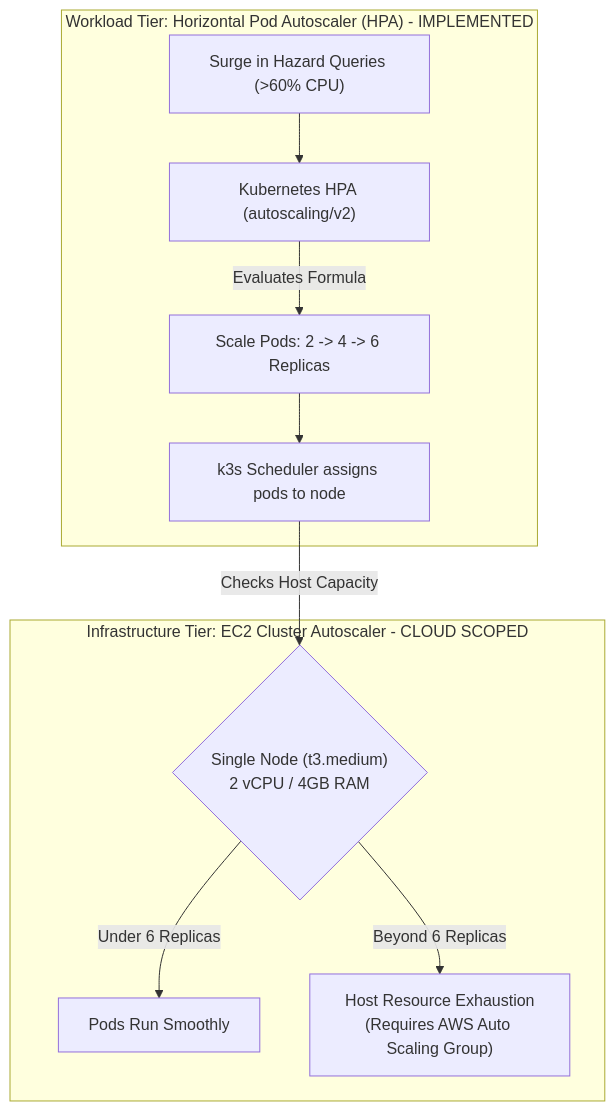
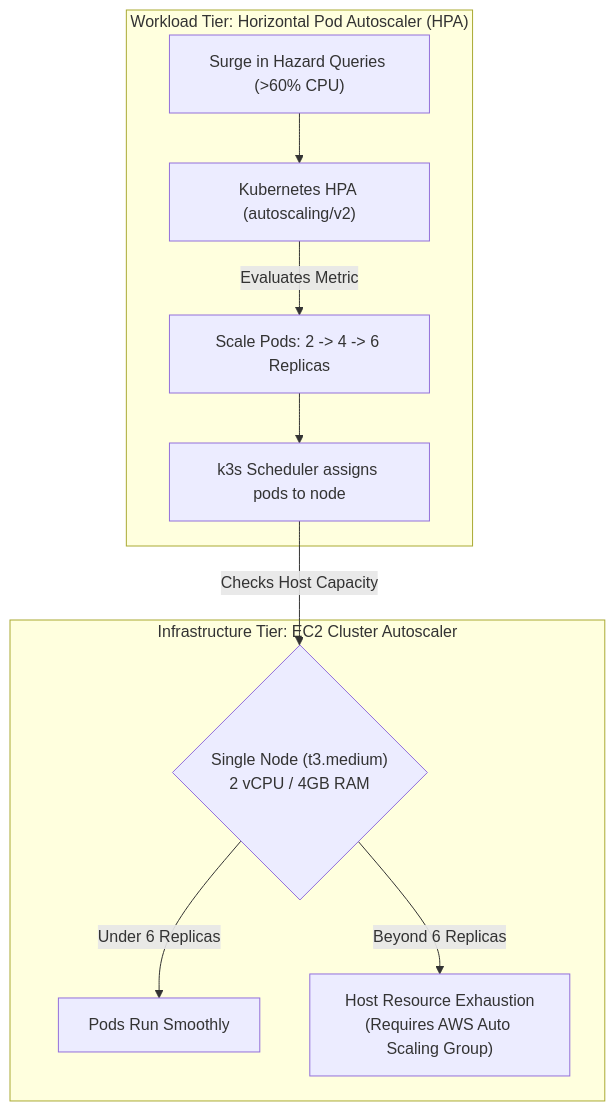
Before and after one commit to RichieRichard0000/resqgrid-devops: the diagram in docs/performance-evaluation.md, drawn with Mermaid. The commit also changed other lines of this file and 65 other files, not shown here.

````diff
--- a/docs/performance-evaluation.md
+++ b/docs/performance-evaluation.md
@@ -30,14 +63,14 @@
 ```mermaid
 flowchart TD
-    subgraph WorkloadTier["Workload Tier: Horizontal Pod Autoscaler (HPA) - IMPLEMENTED"]
+    subgraph WorkloadTier["Workload Tier: Horizontal Pod Autoscaler (HPA)"]
         TRAFFIC["Surge in Hazard Queries (>60% CPU)"] --> HPA["Kubernetes HPA (autoscaling/v2)"]
-        HPA -->|Evaluates Formula| SCALE_PODS["Scale Pods: 2 -> 4 -> 6 Replicas"]
+        HPA -->|Evaluates Metric| SCALE_PODS["Scale Pods: 2 -> 4 -> 6 Replicas"]
         SCALE_PODS --> SCHEDULER["k3s Scheduler assigns pods to node"]
     end
 
-    subgraph NodeTier["Infrastructure Tier: EC2 Cluster Autoscaler - CLOUD SCOPED"]
+    subgraph NodeTier["Infrastructure Tier: EC2 Cluster Autoscaler"]
         SCHEDULER -->|Checks Host Capacity| CAPACITY{"Single Node (t3.medium)\n2 vCPU / 4GB RAM"}
         CAPACITY -->|Under 6 Replicas| RUN_OK["Pods Run Smoothly"]
         CAPACITY -->|Beyond 6 Replicas| NODE_LIMIT["Host Resource Exhaustion\n(Requires AWS Auto Scaling Group)"]
     end
 ```
````
